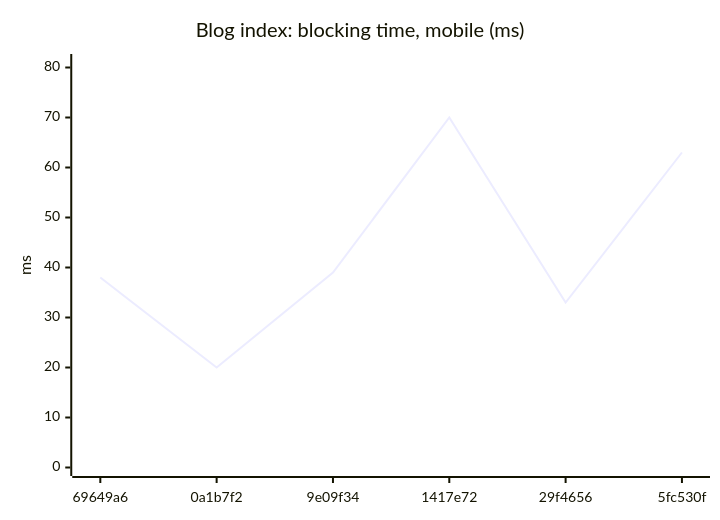
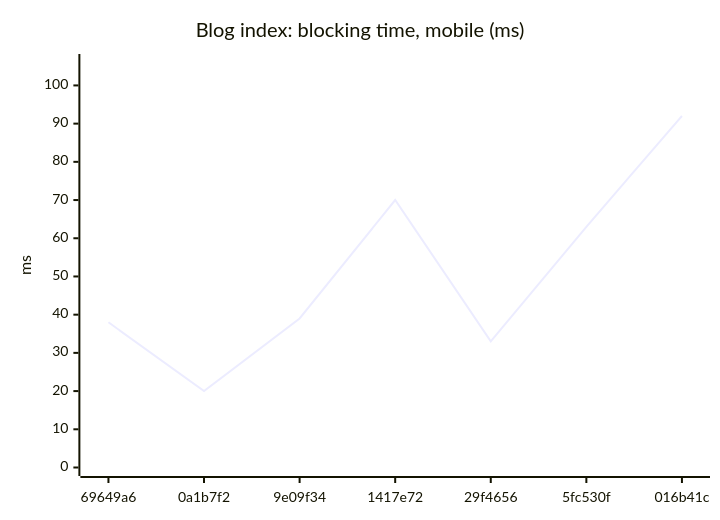
One commit to AxelUser/maltsev.space changed the fourth of 18 diagrams in README.md. Above: the diagram before and after it, drawn with Mermaid. The commit also changed other lines of this file and 1 other file, not shown here.

````diff
--- a/README.md
+++ b/README.md
@@ -61,7 +61,7 @@
 ```mermaid
 xychart-beta
   title "Blog index: blocking time, mobile (ms)"
-  x-axis ["69649a6", "0a1b7f2", "9e09f34", "1417e72", "29f4656", "5fc530f"]
-  y-axis "ms" 0 --> 81
-  line [38, 20, 39, 70, 33, 63]
+  x-axis ["69649a6", "0a1b7f2", "9e09f34", "1417e72", "29f4656", "5fc530f", "016b41c"]
+  y-axis "ms" 0 --> 106
+  line [38, 20, 39, 70, 33, 63, 92]
 ```
````
